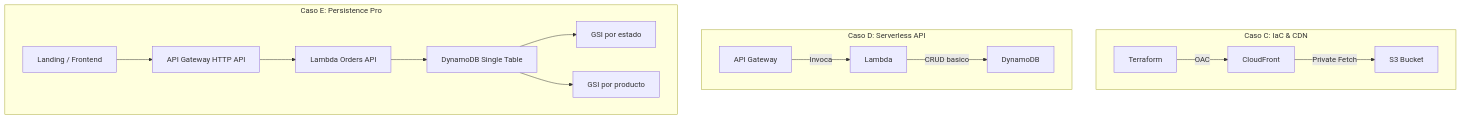
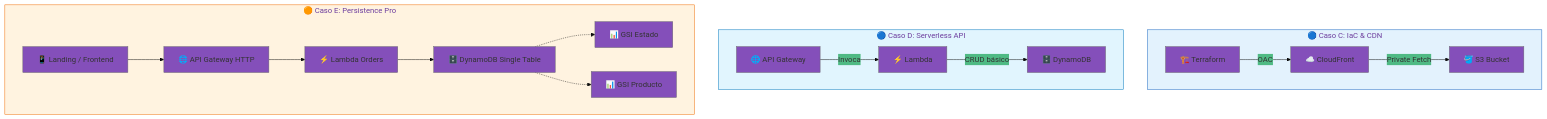
The second of 4 diagrams in docs/ARCHITECTURE.md (vladimiracunadev-create/proyectos-aws), drawn with Mermaid before and after one commit. The commit also changed other lines of this file, not shown here.

Commit message:
docs: modernize global architecture and tier diagrams in docs/ARCHITECTURE.md

````diff
--- a/docs/ARCHITECTURE.md
+++ b/docs/ARCHITECTURE.md
@@ -43,20 +47,25 @@
 ```mermaid
+%%{init: {'theme': 'base', 'themeVariables': { 'primaryColor': '#844FBA', 'edgeColor': '#2496ED' }}}%%
 graph TB
-    subgraph "Caso C: IaC & CDN"
-        C1[Terraform] -->|OAC| C2[CloudFront]
-        C2 -->|Private Fetch| C3[S3 Bucket]
+    subgraph Tier2_C["🔵 Caso C: IaC & CDN"]
+        C1[🏗️ Terraform] -->|OAC| C2[☁️ CloudFront]
+        C2 -->|Private Fetch| C3[🪣 S3 Bucket]
     end
 
-    subgraph "Caso D: Serverless API"
-        D1[API Gateway] -->|Invoca| D2[Lambda]
-        D2 -->|CRUD basico| D3[DynamoDB]
+    subgraph Tier2_D["🔵 Caso D: Serverless API"]
+        D1[🌐 API Gateway] -->|Invoca| D2[⚡ Lambda]
+        D2 -->|CRUD básico| D3[🗄️ DynamoDB]
     end
 
-    subgraph "Caso E: Persistence Pro"
-        E1[Landing / Frontend] --> E2[API Gateway HTTP API]
-        E2 --> E3[Lambda Orders API]
-        E3 --> E4[DynamoDB Single Table]
-        E4 --> E5[GSI por estado]
-        E4 --> E6[GSI por producto]
+    subgraph Tier2_E["🟠 Caso E: Persistence Pro"]
+        E1[📱 Landing / Frontend] --> E2[🌐 API Gateway HTTP]
+        E2 --> E3[⚡ Lambda Orders]
+        E3 --> E4[🗄️ DynamoDB Single Table]
+        E4 -.-> E5[📊 GSI Estado]
+        E4 -.-> E6[📊 GSI Producto]
     end
+
+    style Tier2_C fill:#e3f2fd,stroke:#1565c0
+    style Tier2_D fill:#e1f5fe,stroke:#0277bd
+    style Tier2_E fill:#fff3e0,stroke:#ef6c00
 ```
````
